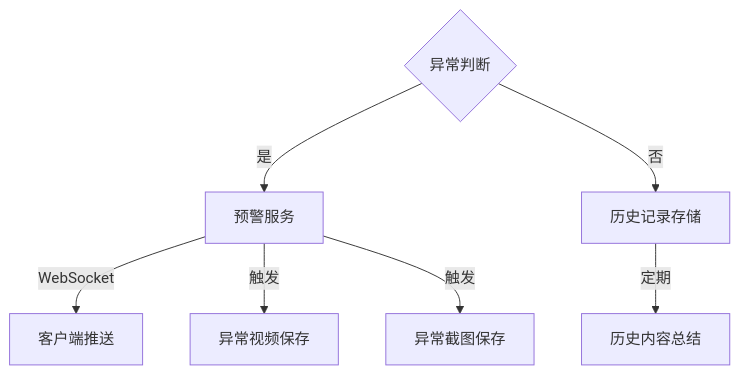
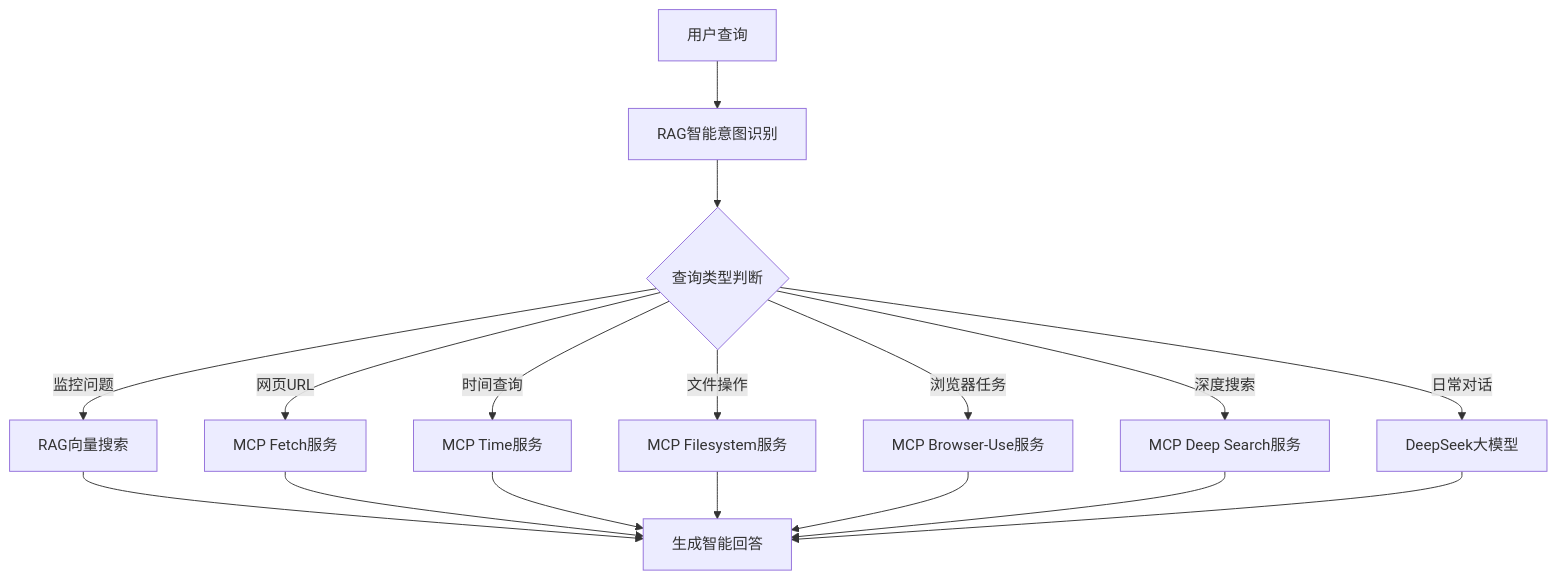
The third of 3 diagrams in readme.md (li-longjie/AI_Watch_Dog), drawn with Mermaid before and after one commit. The commit also changed other lines of this file and 115 other files, not shown here.

````diff
--- a/readme.md
+++ b/readme.md
@@ -24,11 +103,21 @@
 ```mermaid
 graph TB
-    G{异常判断} -->|是| H[预警服务]
-    G -->|否| I[历史记录存储]
+    A[用户查询] --> B[RAG智能意图识别]
+    B --> C{查询类型判断}
     
-    H -->|WebSocket| J[客户端推送]
-    H -->|触发| K[异常视频保存]
-    H -->|触发| L[异常截图保存]
+    C -->|监控问题| D[RAG向量搜索]
+    C -->|网页URL| E[MCP Fetch服务]
+    C -->|时间查询| F[MCP Time服务]
+    C -->|文件操作| G[MCP Filesystem服务]
+    C -->|浏览器任务| H[MCP Browser-Use服务]
+    C -->|深度搜索| I[MCP Deep Search服务]
+    C -->|日常对话| J[DeepSeek大模型]
     
-    I -->|定期| M[历史内容总结]
+    D --> K[生成智能回答]
+    E --> K
+    F --> K
+    G --> K
+    H --> K
+    I --> K
+    J --> K
 ```
````
